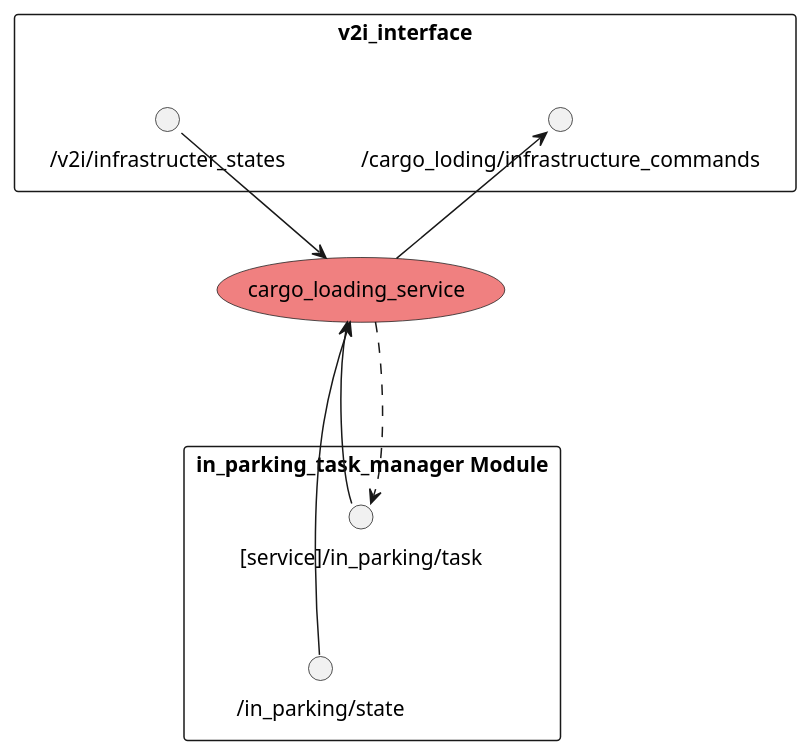
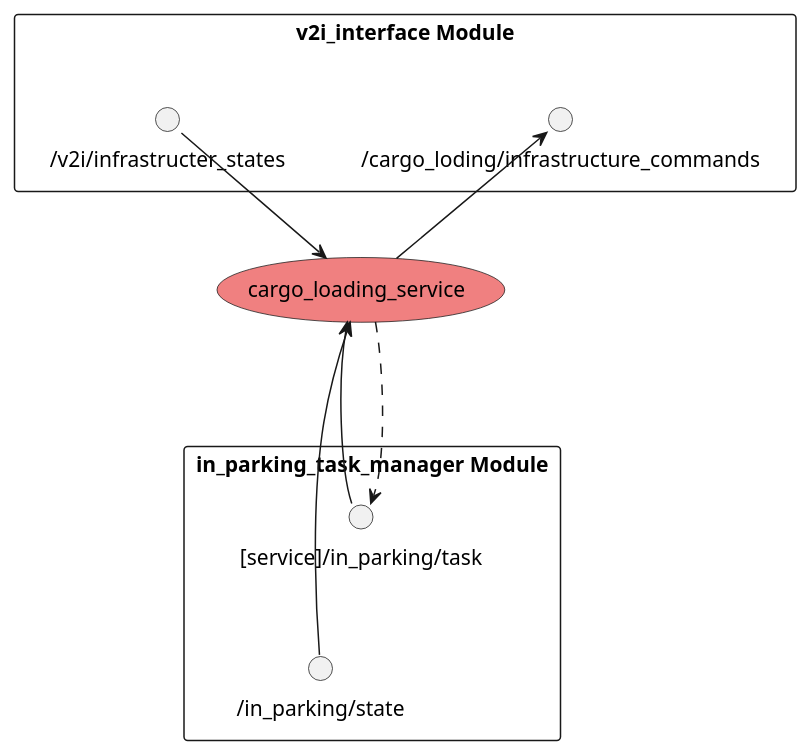
One commit to eve-autonomy/cargo_loading_service changed the diagram in docs/node_graph.pu. Above: the diagram before and after it, drawn with PlantUML.

```diff
--- a/docs/node_graph.pu
+++ b/docs/node_graph.pu
@@ -1,21 +1,21 @@
 @startuml
 
 usecase "cargo_loading_service"  #LightCoral
 rectangle "in_parking_task_manager Module" {
     interface "/in_parking/state"
     interface "[service]/in_parking/task" as in_parking_task_service
 }
 
-rectangle "v2i_interface" {
+rectangle "v2i_interface Module" {
     interface "/cargo_loding/infrastructure_commands"
     interface "/v2i/infrastructer_states"
 }
 
 (cargo_loading_service)  <--- (in_parking_task_service)
 (cargo_loading_service)  -.-> (in_parking_task_service)
 (cargo_loading_service) <-- (/in_parking/state)
 (/v2i/infrastructer_states) --> (cargo_loading_service)
 (/cargo_loding/infrastructure_commands) <-- (cargo_loading_service)
 (in_parking_task_service) <-[hidden]- (/in_parking/state)
 
 @enduml
```
